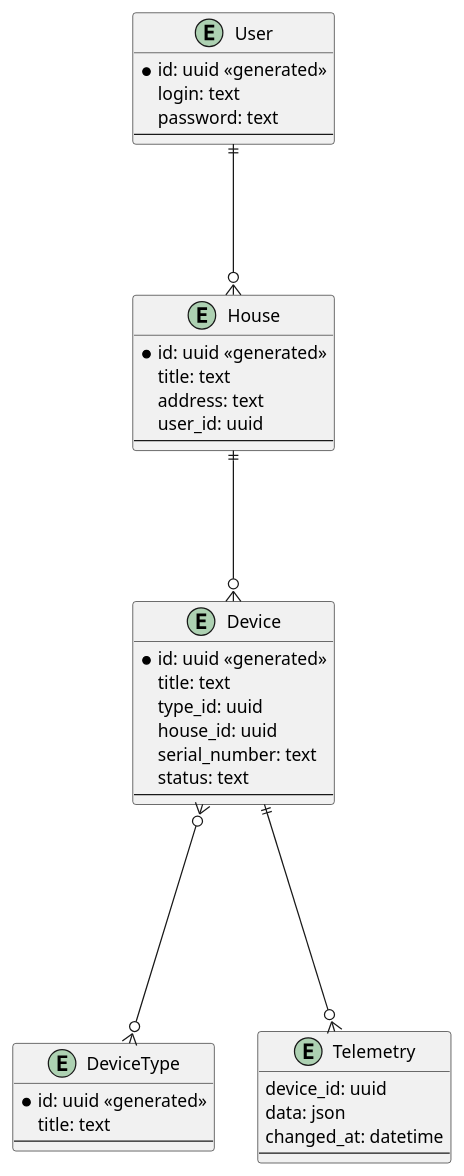
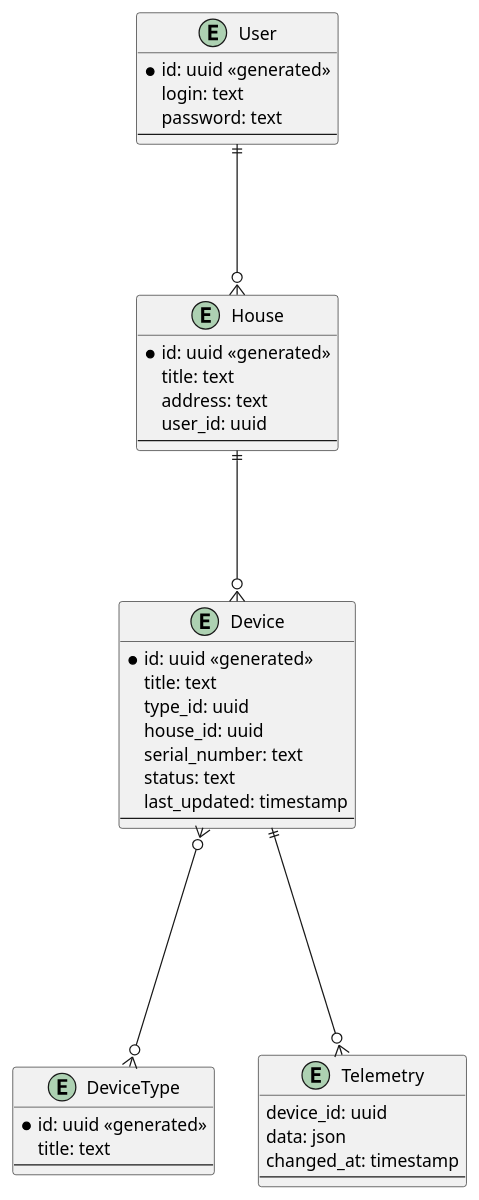
Before and after one commit to snakeduse/architecture-sprint-3: the diagram in diagrams/ERDiagram.puml, drawn with PlantUML. The commit also changed 3 other files, not shown here.

```diff
--- a/diagrams/ERDiagram.puml
+++ b/diagrams/ERDiagram.puml
@@ -1,46 +1,47 @@
 @startuml
 
 entity User {
   * id: uuid <<generated>>
   login: text
   password: text
   --
 }
 
 entity House {
   * id: uuid <<generated>>
   title: text
   address: text
   user_id: uuid
   --
 }
 
 entity Device {
   * id: uuid <<generated>>
   title: text
   type_id: uuid
   house_id: uuid
   serial_number: text
   status: text
+  last_updated: timestamp
   --
 }
 
 entity DeviceType {
   * id: uuid <<generated>>
   title: text
   --
 }
 
 entity Telemetry {
   device_id: uuid
   data: json
-  changed_at: datetime
+  changed_at: timestamp
   --
 }
 
 User ||---o{ House
 House ||---o{ Device
 Device }o----o{ DeviceType
 Device ||----o{ Telemetry
 
 @enduml
```
